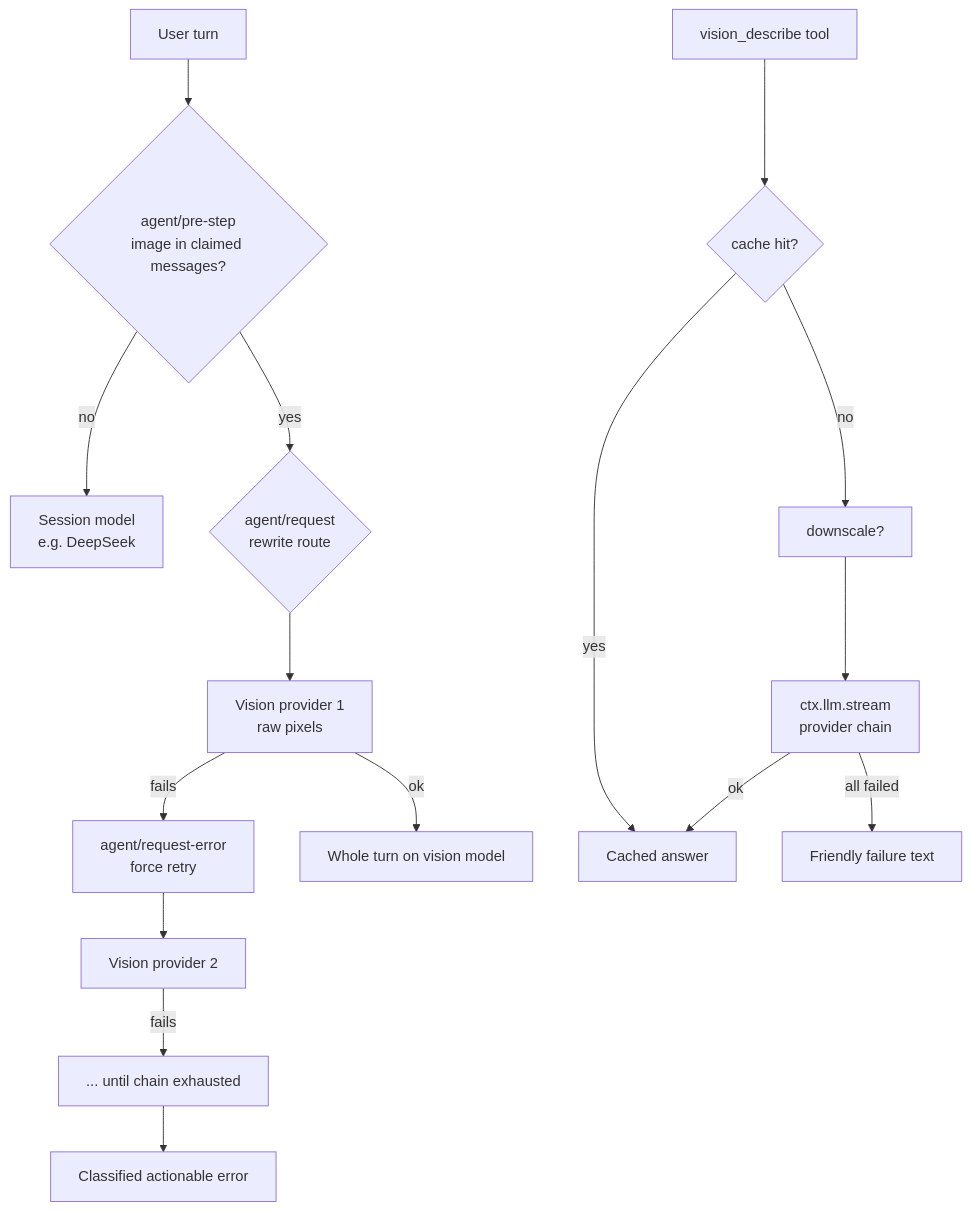
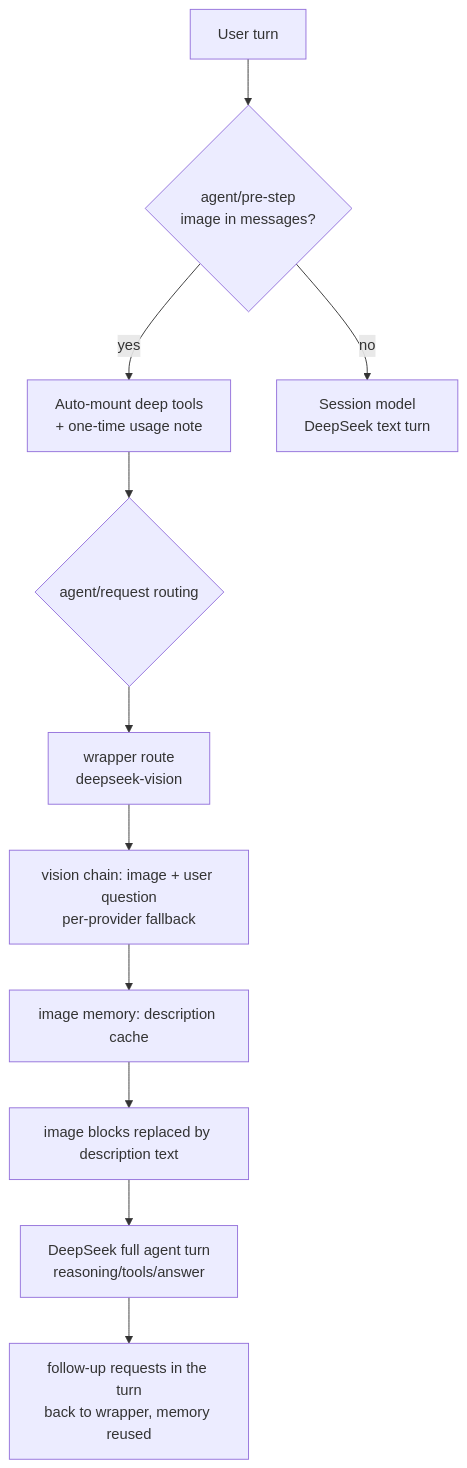
Before and after one commit to LeonisK/dsh-vision-router: the diagram in README.en.md, drawn with Mermaid. The commit also changed other lines of this file and 3 other files, not shown here.

Commit message:
feat: free model by default (vision-http route over the OVHcloud anonymous endpoint), dedupe http fallbacks; docs: full feature README (zh/en)

````diff
--- a/README.en.md
+++ b/README.en.md
@@ -117,17 +73,13 @@
 ```mermaid
 flowchart TD
-    U[User turn] --> PS{agent/pre-step<br/>image in claimed messages?}
-    PS -- no --> TEXT[Session model<br/>e.g. DeepSeek]
-    PS -- yes --> R{agent/request<br/>rewrite route}
-    R --> V1[Vision provider 1<br/>raw pixels]
-    V1 -- fails --> ERR[agent/request-error<br/>force retry]
-    ERR --> V2[Vision provider 2]
-    V2 -- fails --> ERR2[... until chain exhausted]
-    ERR2 --> E[Classified actionable error]
-    V1 -- ok --> DONE[Whole turn on vision model]
-    T[vision_describe tool] --> C{cache hit?}
-    C -- no --> DS[downscale?] --> LLM[ctx.llm.stream<br/>provider chain]
-    C -- yes --> OUT[Cached answer]
-    LLM -- ok --> OUT
-    LLM -- all failed --> F[Friendly failure text]
+    U[User turn] --> PS{agent/pre-step<br/>image in messages?}
+    PS -- yes --> AUTO[Auto-mount deep tools<br/>+ one-time usage note]
+    PS -- no --> TEXT[Session model<br/>DeepSeek text turn]
+    AUTO --> R{agent/request routing}
+    R --> W[wrapper route<br/>deepseek-vision]
+    W --> DES[vision chain: image + user question<br/>per-provider fallback]
+    DES --> MEM[image memory: description cache]
+    MEM --> SUB[image blocks replaced by description text]
+    SUB --> DS[DeepSeek full agent turn<br/>reasoning/tools/answer]
+    DS --> T2[follow-up requests in the turn<br/>back to wrapper, memory reused]
 ```
````
